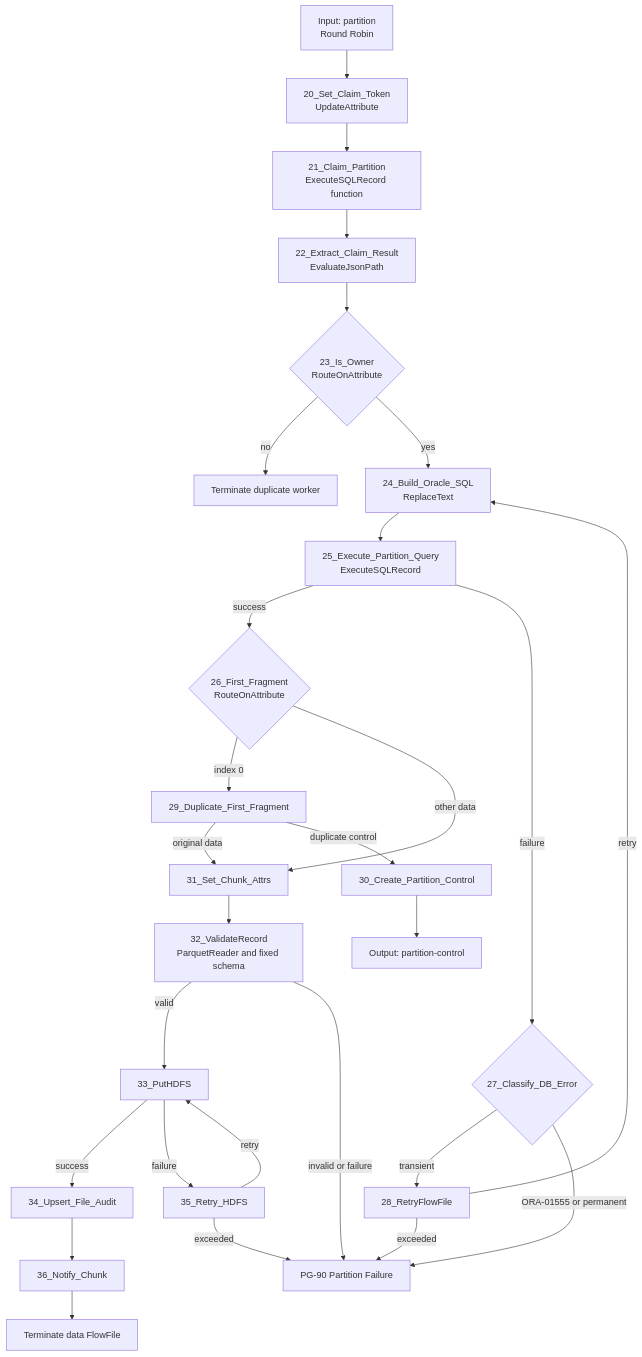
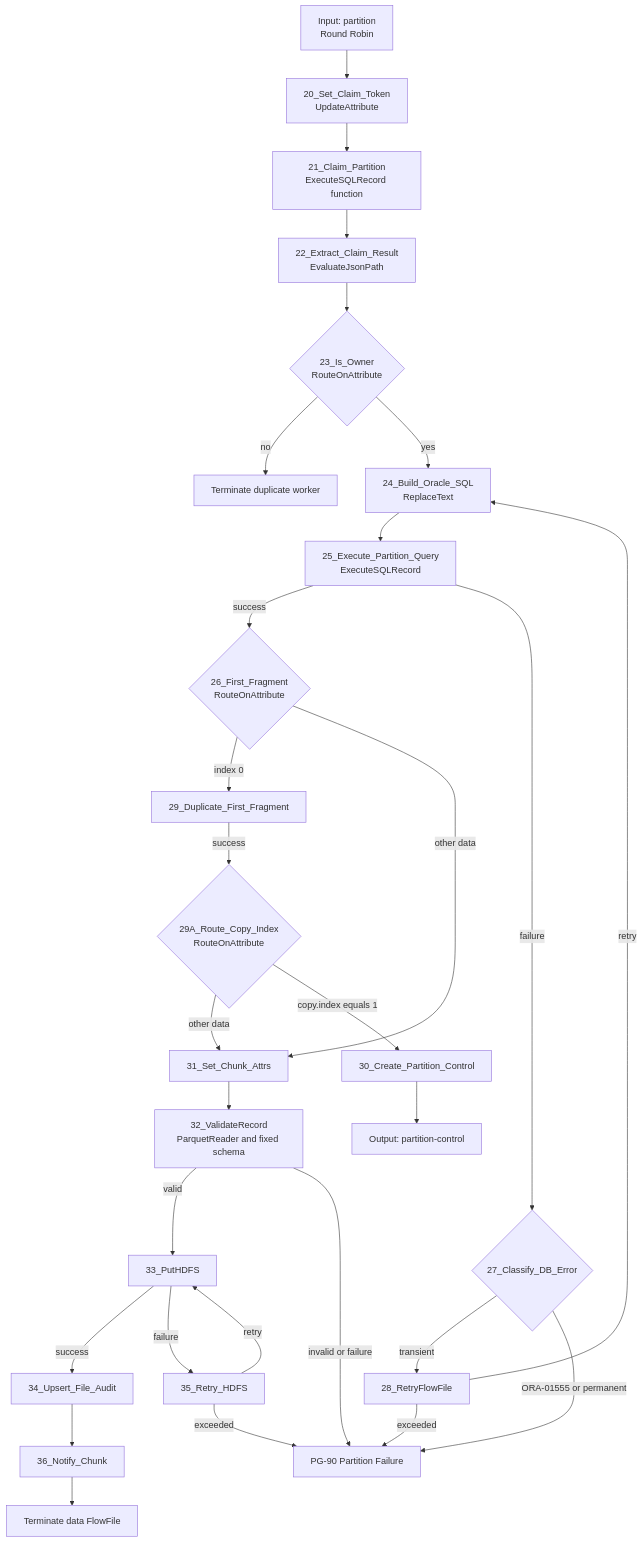
The sixth of 13 diagrams in nifi-sqoop-removal-guide.md (DataDynamics/nifi-sqoop-removal), drawn with Mermaid before and after one commit. The commit also changed other lines of this file and 3 other files, not shown here.

````diff
--- a/nifi-sqoop-removal-guide.md
+++ b/nifi-sqoop-removal-guide.md
@@ -818,31 +845,32 @@
 ```mermaid
 flowchart TD
     I[Input: partition<br/>Round Robin] --> A[20_Set_Claim_Token<br/>UpdateAttribute]
     A --> B[21_Claim_Partition<br/>ExecuteSQLRecord function]
     B --> C[22_Extract_Claim_Result<br/>EvaluateJsonPath]
     C --> D{23_Is_Owner<br/>RouteOnAttribute}
     D -->|no| DROP[Terminate duplicate worker]
     D -->|yes| E[24_Build_Oracle_SQL<br/>ReplaceText]
     E --> F[25_Execute_Partition_Query<br/>ExecuteSQLRecord]
     F -->|success| G{26_First_Fragment<br/>RouteOnAttribute}
     F -->|failure| ER{27_Classify_DB_Error}
     ER -->|transient| RETRY[28_RetryFlowFile]
     RETRY -->|retry| E
     RETRY -->|exceeded| FAIL[PG-90 Partition Failure]
     ER -->|ORA-01555 or permanent| FAIL
 
     G -->|index 0| DUP[29_Duplicate_First_Fragment]
-    DUP -->|original data| U[31_Set_Chunk_Attrs]
-    DUP -->|duplicate control| CTRL[30_Create_Partition_Control]
+    DUP -->|success| CI{29A_Route_Copy_Index<br/>RouteOnAttribute}
+    CI -->|other data| U[31_Set_Chunk_Attrs]
+    CI -->|copy.index equals 1| CTRL[30_Create_Partition_Control]
     G -->|other data| U
     U --> VAL[32_ValidateRecord<br/>ParquetReader and fixed schema]
     VAL -->|valid| H[33_PutHDFS]
     VAL -->|invalid or failure| FAIL
     H -->|success| AUD[34_Upsert_File_Audit]
     H -->|failure| HR[35_Retry_HDFS]
     HR -->|retry| H
     HR -->|exceeded| FAIL
     AUD --> N[36_Notify_Chunk]
     N --> TERM[Terminate data FlowFile]
     CTRL --> O[Output: partition-control]
 ```
````
